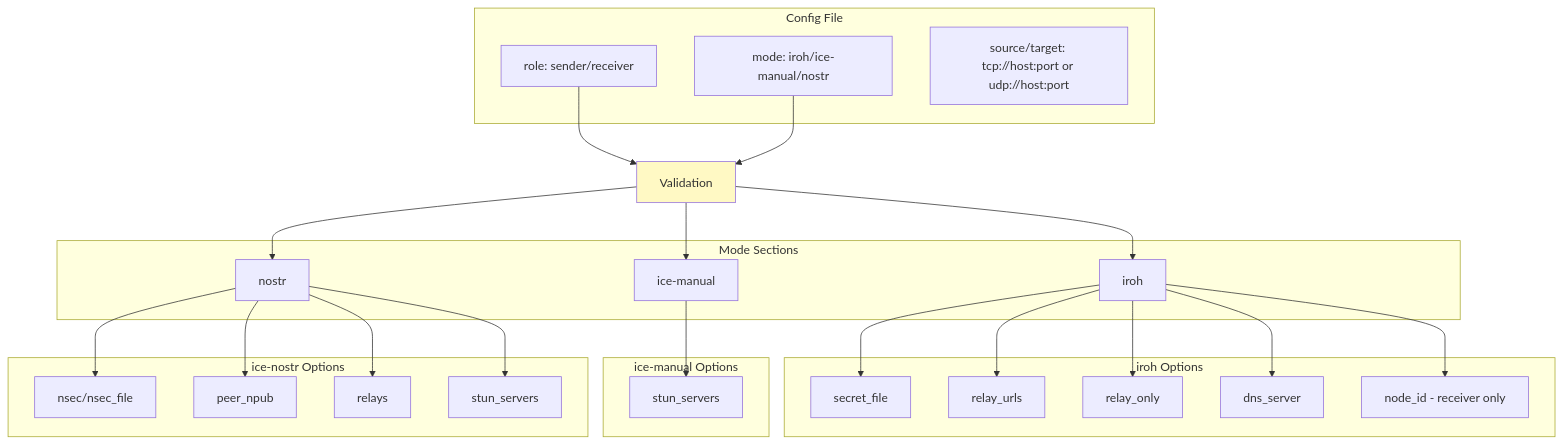
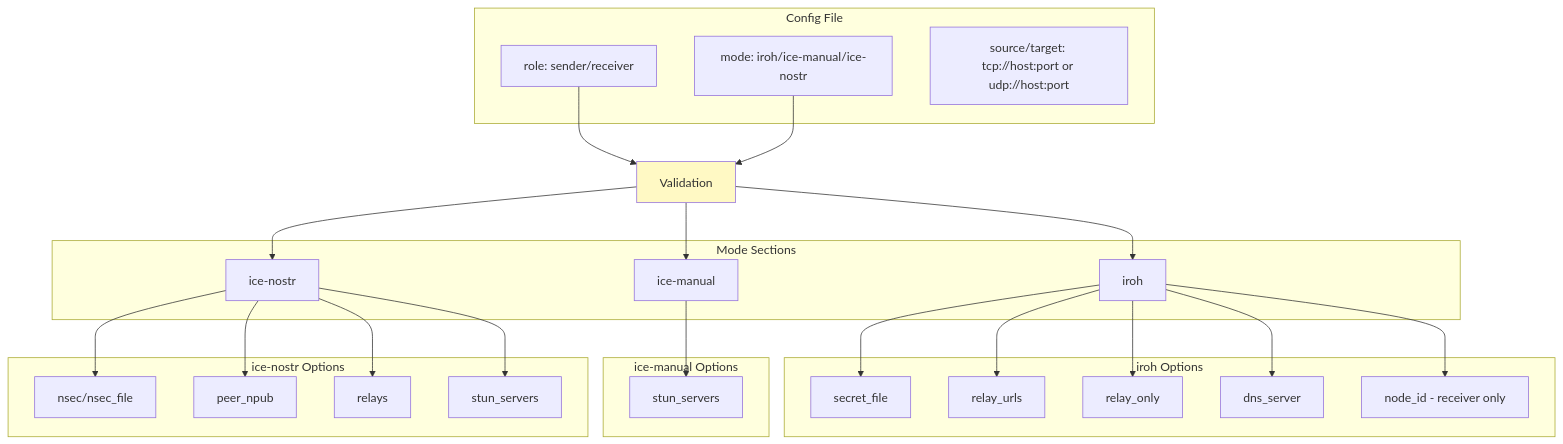
One commit to andrewtheguy/vpn-rs changed diagram 24 of 36 in docs/ARCHITECTURE.md. Above: the diagram before and after it, drawn with Mermaid. The commit also changed 1 other file, not shown here.

Commit message:
refactor: correct naming for ice-nostr mode in architecture and configuration files

````diff
--- a/docs/ARCHITECTURE.md
+++ b/docs/ARCHITECTURE.md
@@ -1041,53 +1041,53 @@
 ```mermaid
 graph TB
     subgraph "Config File"
         A[role: sender/receiver]
-        B[mode: iroh/ice-manual/nostr]
+        B[mode: iroh/ice-manual/ice-nostr]
         C[source/target: tcp://host:port or udp://host:port]
     end
 
     subgraph "Mode Sections"
         E[iroh]
         G[ice-manual]
-        H[nostr]
+        H[ice-nostr]
     end
 
     subgraph "iroh Options"
         I[secret_file]
         J[relay_urls]
         K[relay_only]
         L[dns_server]
         M[node_id - receiver only]
     end
 
     subgraph "ice-manual Options"
         N[stun_servers]
     end
 
     subgraph "ice-nostr Options"
         O[nsec/nsec_file]
         P[peer_npub]
         Q[relays]
         R[stun_servers]
     end
 
     A --> S[Validation]
     B --> S
     S --> E
     S --> G
     S --> H
 
     E --> I
     E --> J
     E --> K
     E --> L
     E --> M
 
     G --> N
     H --> O
     H --> P
     H --> Q
     H --> R
 
     style S fill:#FFF9C4
 ```
````
